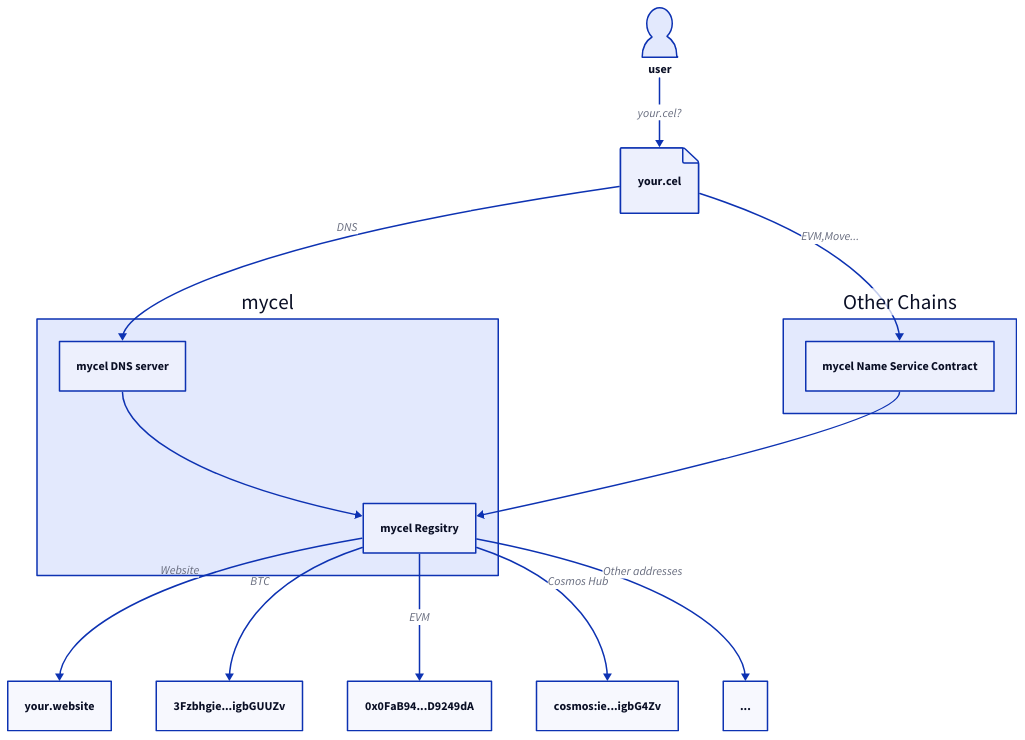
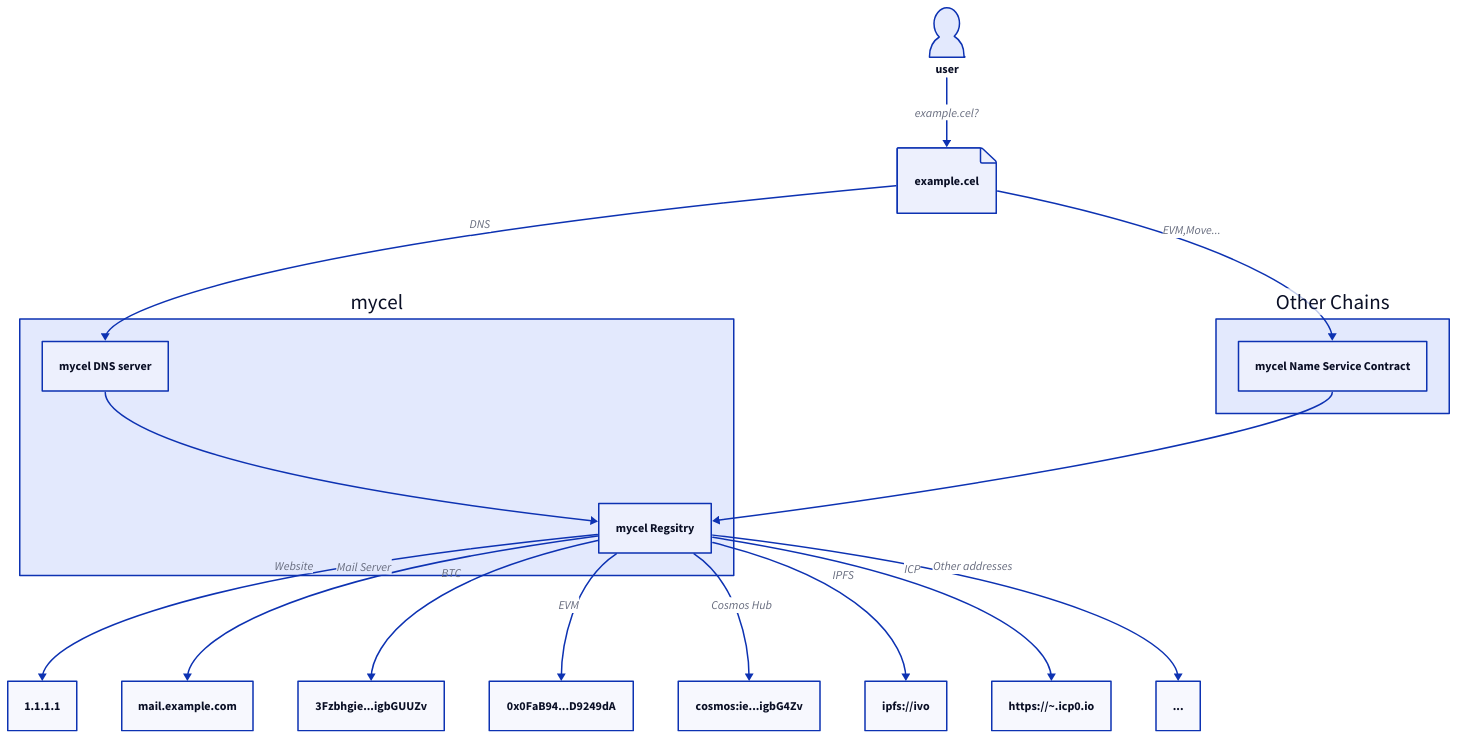
One commit to mycel-labs/mycel-docs changed the diagram in docs/assets/overview.d2. Above: the diagram before and after it, drawn with D2. The commit also changed 2 other files, not shown here.

Commit message:
add IPFS and ICP

```diff
--- a/docs/assets/overview.d2
+++ b/docs/assets/overview.d2
@@ -1,23 +1,26 @@
 mycel: mycel {
   DNS: mycel DNS server
   Registry: mycel Regsitry
 
   DNS -> Registry
 }
 
 otherChain: Other Chains {
   NSC: mycel Name Service Contract
 }
 otherChain.NSC -> mycel.Registry
 
 "user".shape: person
-"your.cel".shape: page
+"example.cel".shape: page
 
-user -> "your.cel": your.cel?
-"your.cel" -> mycel.DNS: DNS
-"your.cel" -> otherChain.NSC: EVM,Move...
-mycel.Registry-> "your.website" : Website
+user -> "example.cel": example.cel?
+"example.cel" -> mycel.DNS: DNS
+"example.cel" -> otherChain.NSC: EVM,Move...
+mycel.Registry-> "1.1.1.1" : Website
+mycel.Registry-> "mail.example.com" : Mail Server
 mycel.Registry-> "3Fzbhgie...igbGUUZv": BTC
 mycel.Registry-> "0x0FaB94...D9249dA": EVM
 mycel.Registry-> "cosmos:ie...igbG4Zv": Cosmos Hub
+mycel.Registry-> "ipfs://ivo": IPFS
+mycel.Registry-> "https://~.icp0.io": ICP
 mycel.Registry->"...": Other addresses
```
